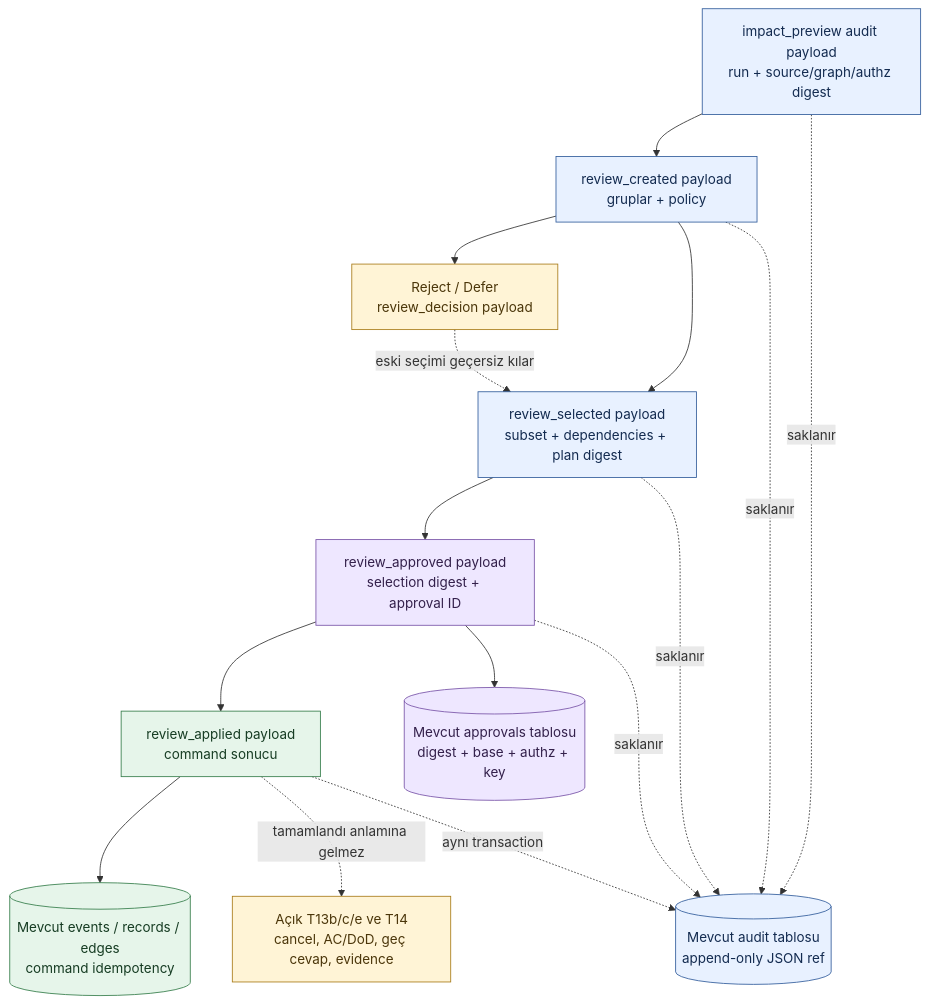
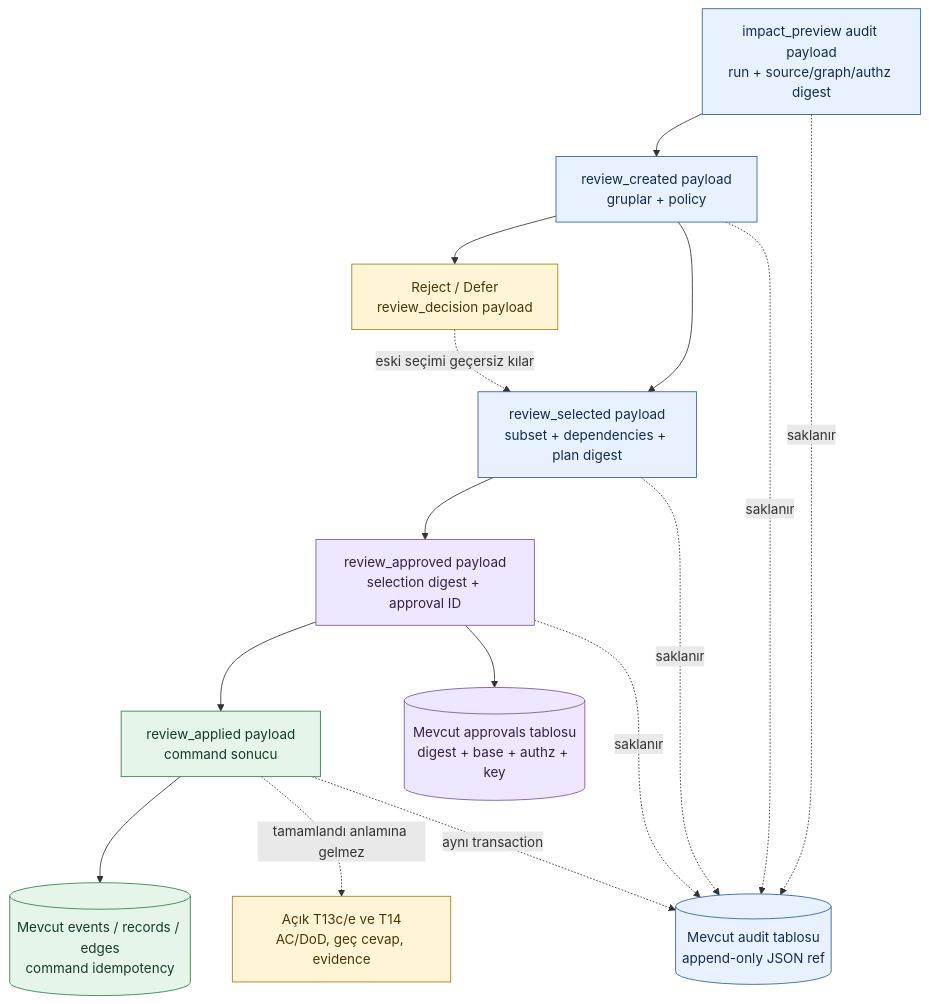
One commit to alphanAkbulut/decivora changed the second of 2 diagrams in docs/architecture/review-runtime.md. Above: the diagram before and after it, drawn with Mermaid. The commit also changed other lines of this file and 29 other files, not shown here.

Commit message:
Deliver T13b guarded Task cancellation and compensating lifecycle; update schema and diagrams

````diff
--- a/docs/architecture/review-runtime.md
+++ b/docs/architecture/review-runtime.md
@@ -47,29 +48,29 @@
 ```mermaid
 flowchart TB
     accTitle: Review payload bağları ve fiziksel storage
     accDescr: Impact review seçim onay ve uygulama mantıksal JSON kayıtlarıdır. Audit ve domain events ayrı kalır. Arayüz soru cevabı ve acceptance evidence ileri işlerdir.
     I["impact_preview audit payload<br/>run + source/graph/authz digest"] --> P["review_created payload<br/>gruplar + policy"]
     P --> C["review_selected payload<br/>subset + dependencies + plan digest"]
     C --> A["review_approved payload<br/>selection digest + approval ID"]
     A --> X["review_applied payload<br/>command sonucu"]
     DB[("Mevcut audit tablosu<br/>append-only JSON ref")]
     I -. saklanır .-> DB
     P -. saklanır .-> DB
     C -. saklanır .-> DB
     A -. saklanır .-> DB
     X -. aynı transaction .-> DB
     A --> T[("Mevcut approvals tablosu<br/>digest + base + authz + key")]
     X --> E[("Mevcut events / records / edges<br/>command idempotency")]
     P --> D["Reject / Defer<br/>review_decision payload"]
     D -. eski seçimi geçersiz kılar .-> C
-    F["Açık T13b/c/e ve T14<br/>cancel, AC/DoD, geç cevap, evidence"]
+    F["Açık T13c/e ve T14<br/>AC/DoD, geç cevap, evidence"]
     X -. tamamlandı anlamına gelmez .-> F
     classDef persisted fill:#e8f1ff,stroke:#315c9b,color:#132b50;
     classDef approved fill:#eee7ff,stroke:#7853a7,color:#33204b;
     classDef applied fill:#e6f5ea,stroke:#347c49,color:#163c23;
     classDef pending fill:#fff4d6,stroke:#a87b18,color:#4b360a;
     class I,P,C,DB persisted;
     class A,T approved;
     class X,E applied;
     class D,F pending;
 ```
````
